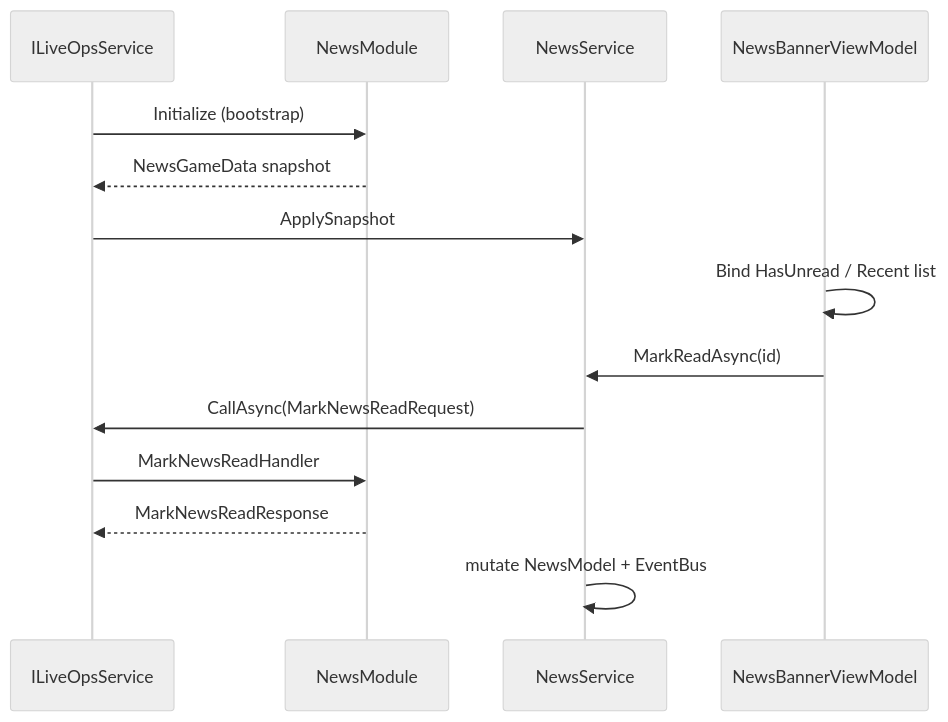
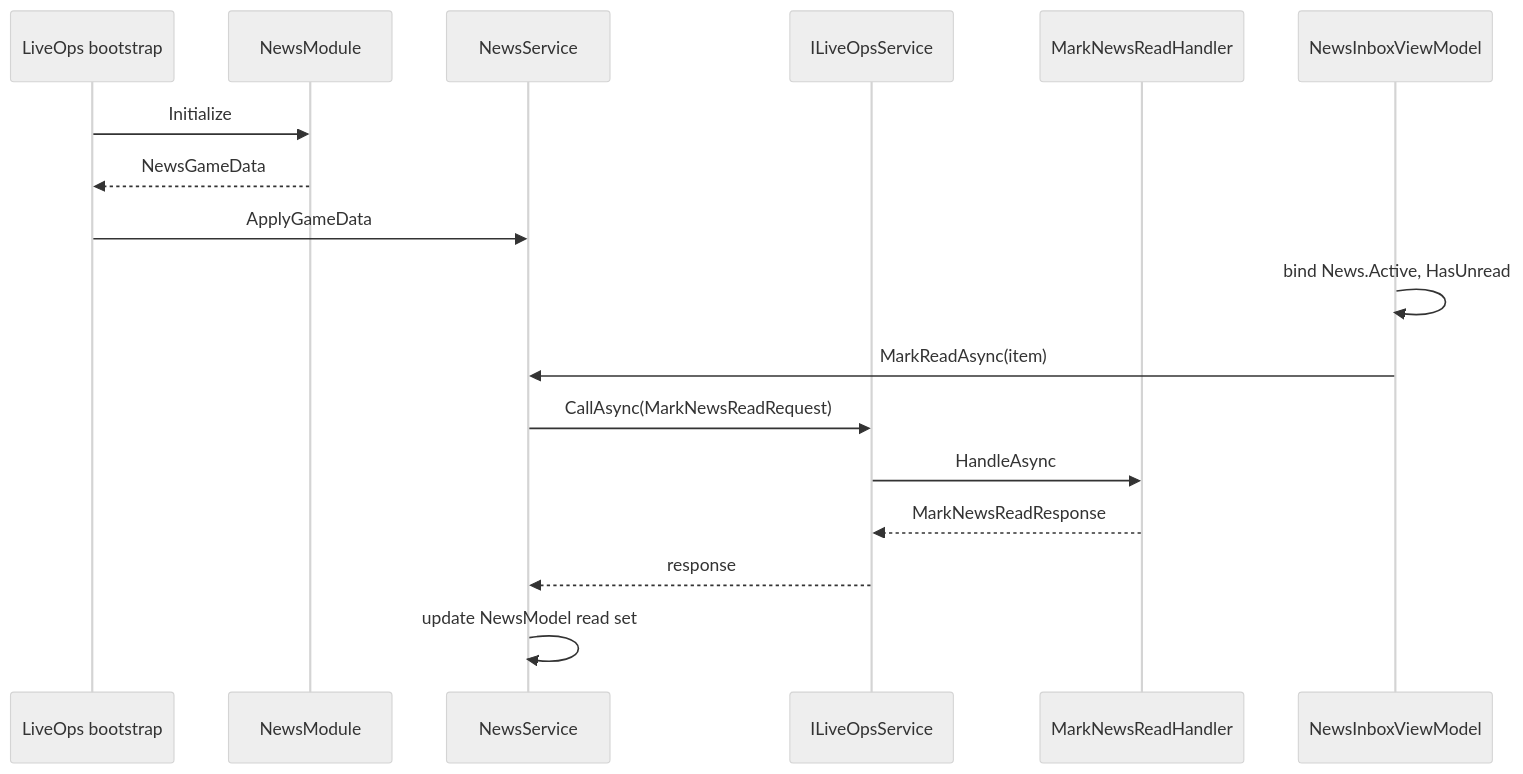
One commit to DuckDuckWeasel/Gear-Engine changed the diagram in Docs/News-State-And-Services-Implementation-Guide.md. Above: the diagram before and after it, drawn with Mermaid (neutral theme). The commit also changed other lines of this file, not shown here.

Commit message:
docs: rewrite News implementation guide from Standards State-and-Services

````diff
--- a/Docs/News-State-And-Services-Implementation-Guide.md
+++ b/Docs/News-State-And-Services-Implementation-Guide.md
@@ -366,17 +366,20 @@
 ```mermaid
 sequenceDiagram
+    participant Boot as LiveOps bootstrap
+    participant Mod as NewsModule
+    participant Svc as NewsService
     participant L as ILiveOpsService
-    participant M as NewsModule
-    participant S as NewsService
-    participant V as NewsBannerViewModel
+    participant H as MarkNewsReadHandler
+    participant UI as NewsInboxViewModel
 
-    L->>M: Initialize (bootstrap)
-    M-->>L: NewsGameData snapshot
-    L->>S: ApplySnapshot
-    V->>V: Bind HasUnread / Recent list
-    V->>S: MarkReadAsync(id)
-    S->>L: CallAsync(MarkNewsReadRequest)
-    L->>M: MarkNewsReadHandler
-    M-->>L: MarkNewsReadResponse
-    S->>S: mutate NewsModel + EventBus
+    Boot->>Mod: Initialize
+    Mod-->>Boot: NewsGameData
+    Boot->>Svc: ApplyGameData
+    UI->>UI: bind News.Active, HasUnread
+    UI->>Svc: MarkReadAsync(item)
+    Svc->>L: CallAsync(MarkNewsReadRequest)
+    L->>H: HandleAsync
+    H-->>L: MarkNewsReadResponse
+    L-->>Svc: response
+    Svc->>Svc: update NewsModel read set
 ```
````
